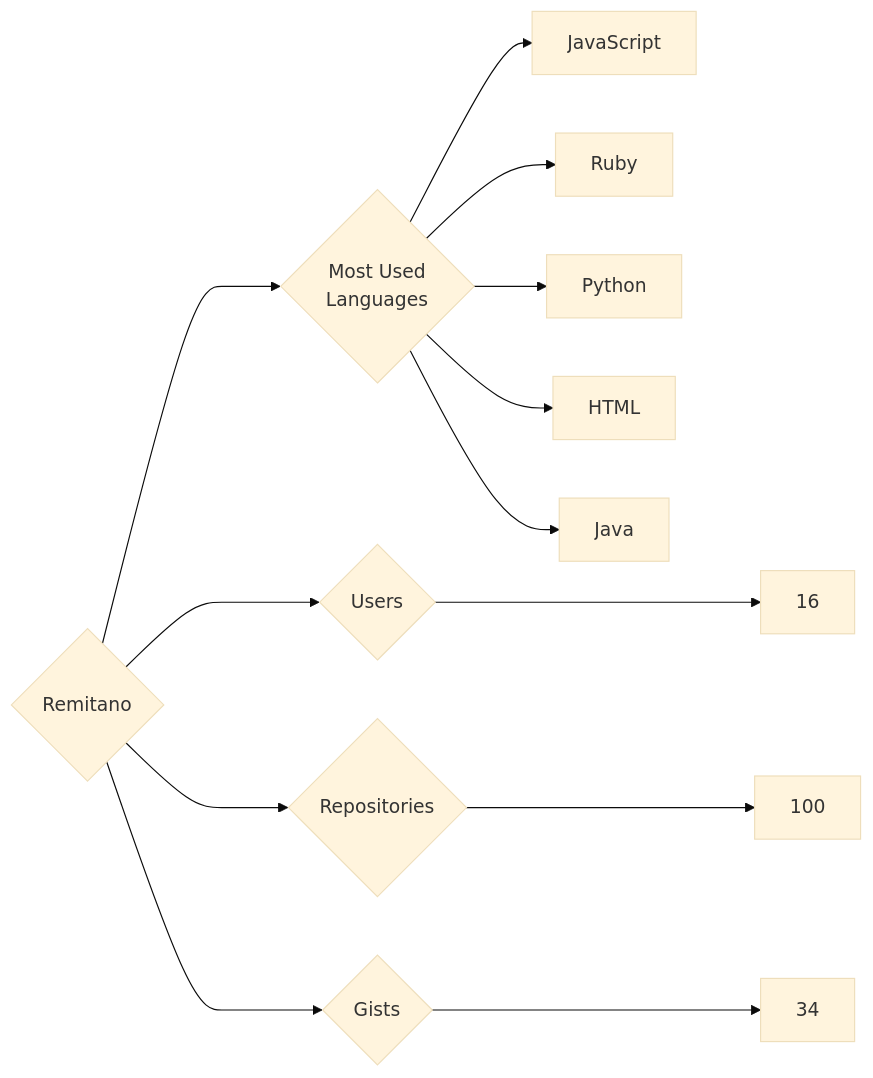
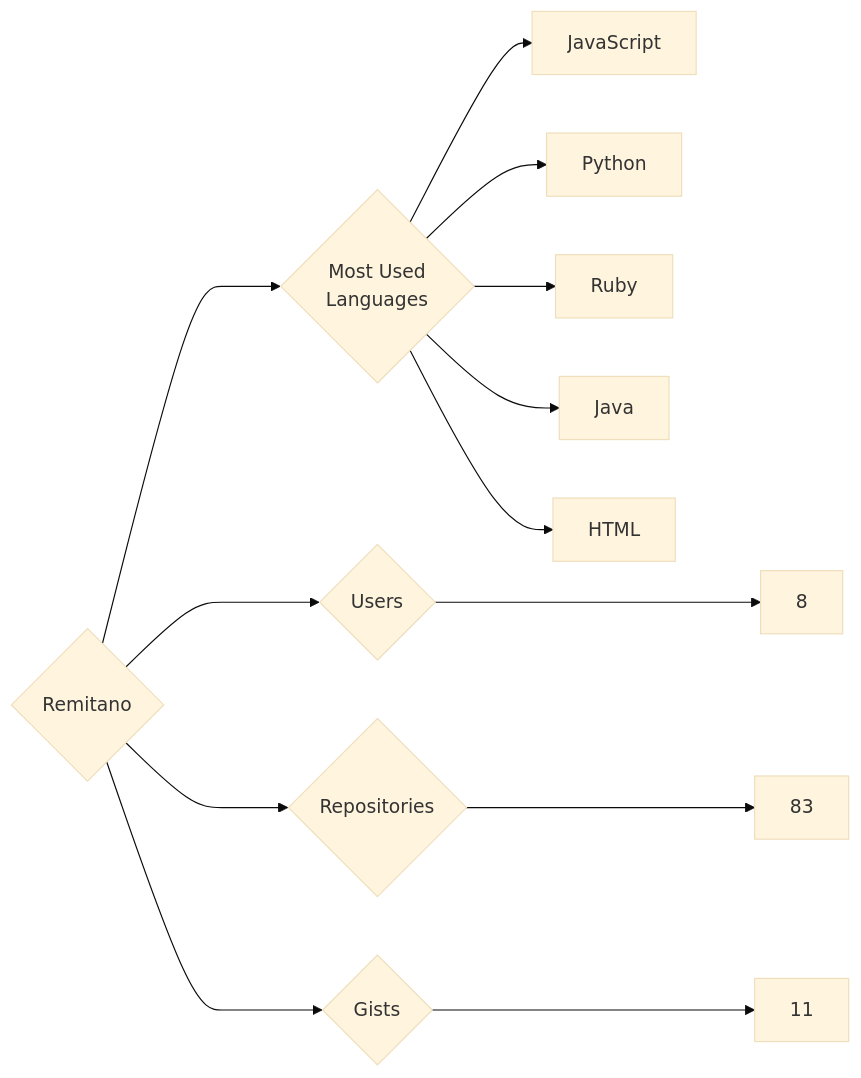
One commit to trickest/insiders changed the diagram in targets/Remitano/README.md. Above: the diagram before and after it, drawn with Mermaid (base theme). The commit also changed 877 other files, not shown here.

````diff
--- a/targets/Remitano/README.md
+++ b/targets/Remitano/README.md
@@ -3,13 +3,13 @@
 ```mermaid
 graph LR
 COMPANY_NAME{Remitano}
-COMPANY_NAME ---> U{Users} ---> UN[16]
-COMPANY_NAME ---> R{Repositories} ---> RN[100]
-COMPANY_NAME ---> G{Gists} ---> GN[34]
+COMPANY_NAME ---> U{Users} ---> UN[8]
+COMPANY_NAME ---> R{Repositories} ---> RN[83]
+COMPANY_NAME ---> G{Gists} ---> GN[11]
 COMPANY_NAME ---> ML{Most Used<br>Languages}
 ML --> JavaScript[JavaScript]
+ML --> Python[Python]
 ML --> Ruby[Ruby]
-ML --> Python[Python]
+ML --> Java[Java]
 ML --> HTML[HTML]
-ML --> Java[Java]
 ```
````
